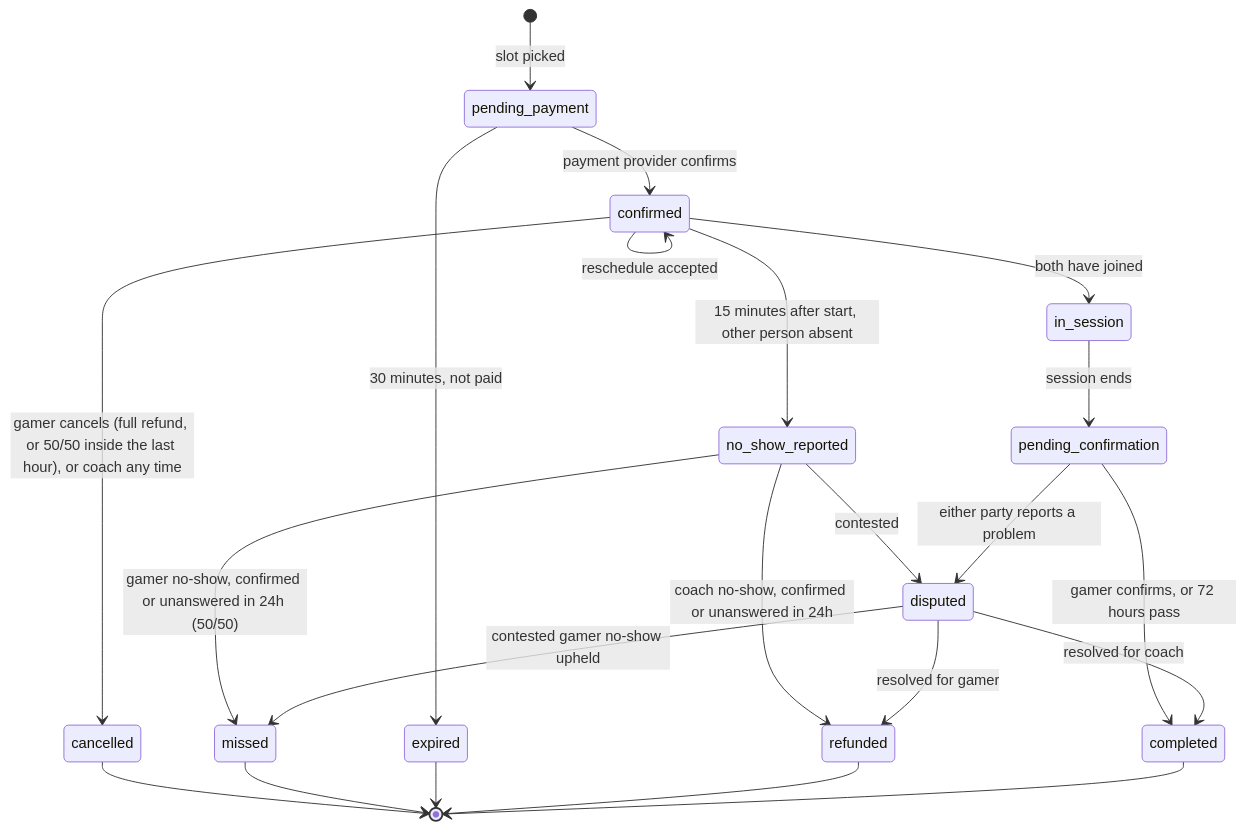
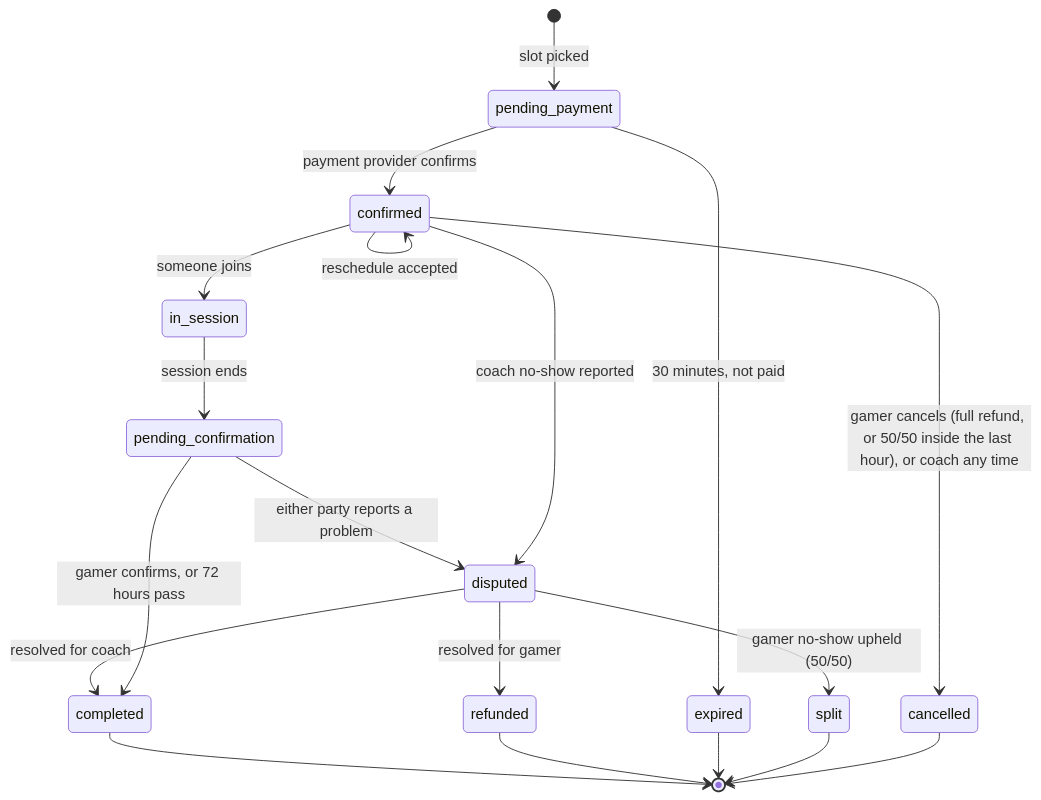
One commit to ILoveWaterSm/Harbourly-Waitlist-2.0 changed diagram 11 of 13 in design/USER-FLOW.md. Above: the diagram before and after it, drawn with Mermaid. The commit also changed other lines of this file and 3 other files, not shown here.

First line of the commit message:
No-shows stay disputes (16 Oct rule); an upheld gamer no-show splits the coach's price 50/50

````diff
--- a/design/USER-FLOW.md
+++ b/design/USER-FLOW.md
@@ -333,29 +331,25 @@
 ```mermaid
 stateDiagram-v2
   [*] --> pending_payment: slot picked
   pending_payment --> confirmed: payment provider confirms
   pending_payment --> expired: 30 minutes, not paid
 
   confirmed --> confirmed: reschedule accepted
   confirmed --> cancelled: gamer cancels (full refund, or 50/50 inside the last hour), or coach any time
-  confirmed --> in_session: both have joined
-  confirmed --> no_show_reported: 15 minutes after start, other person absent
-
-  no_show_reported --> refunded: coach no-show, confirmed or unanswered in 24h
-  no_show_reported --> missed: gamer no-show, confirmed or unanswered in 24h (50/50)
-  no_show_reported --> disputed: contested
+  confirmed --> in_session: someone joins
+  confirmed --> disputed: coach no-show reported
 
   in_session --> pending_confirmation: session ends
   pending_confirmation --> completed: gamer confirms, or 72 hours pass
   pending_confirmation --> disputed: either party reports a problem
 
   disputed --> refunded: resolved for gamer
   disputed --> completed: resolved for coach
-  disputed --> missed: contested gamer no-show upheld
+  disputed --> split: gamer no-show upheld (50/50)
 
   cancelled --> [*]
-  missed --> [*]
+  split --> [*]
   expired --> [*]
   refunded --> [*]
   completed --> [*]
 ```
````
